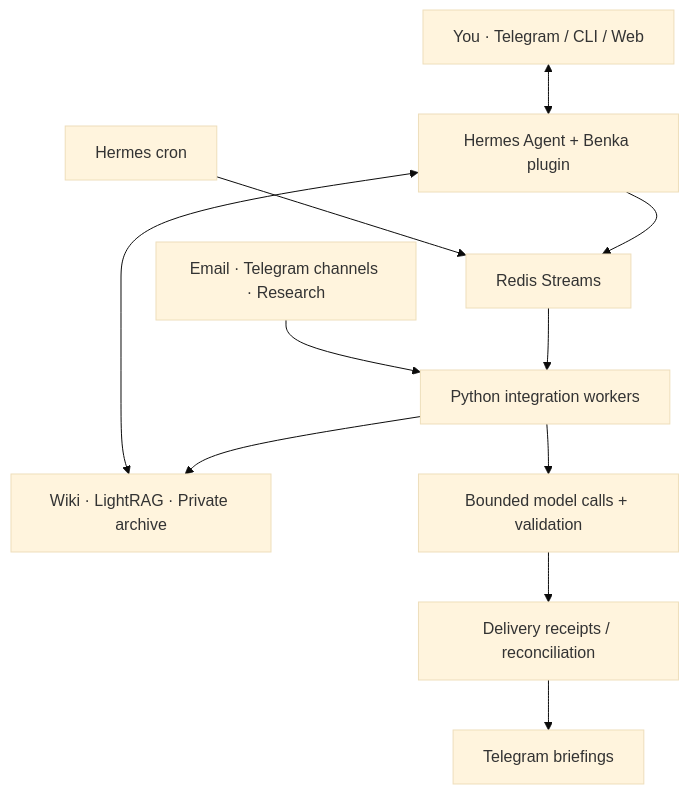
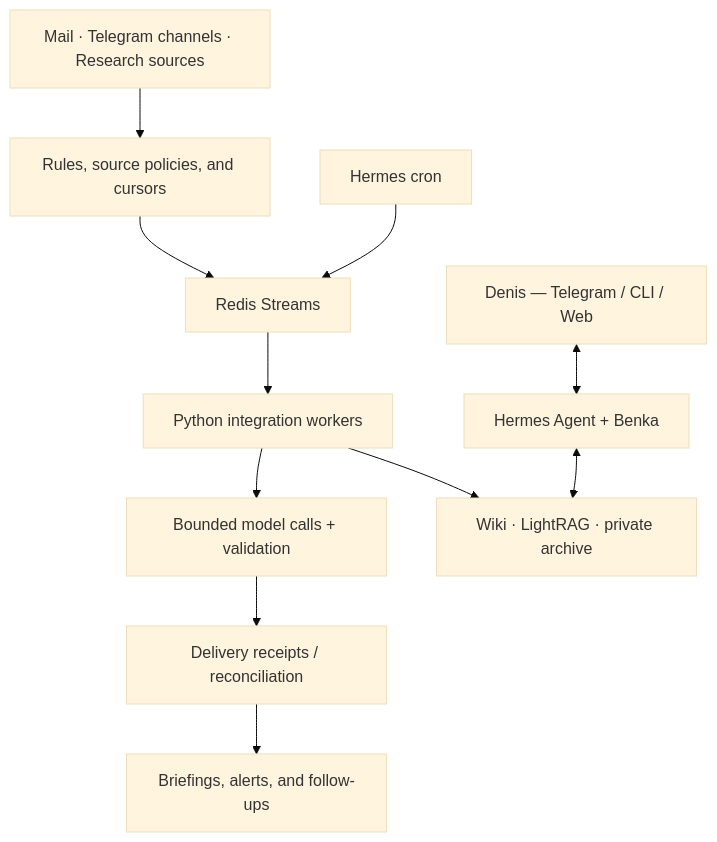
Before and after one commit to eiler2005/my-ai-office: the diagram in README.md, drawn with Mermaid (base theme). The commit also changed other lines of this file and 10 other files, not shown here.

Commit message:
fix: complete Benka Telegram startup configuration

````diff
--- a/README.md
+++ b/README.md
@@ -49,13 +70,13 @@
 ```mermaid
 flowchart TB
-    Sources["Email · Telegram channels · Research"] --> Workers["Python integration workers"]
-    Cron["Hermes cron"] --> Queue["Redis Streams"]
-    Queue --> Workers
-    Person["You · Telegram / CLI / Web"] <--> Hermes["Hermes Agent + Benka plugin"]
-    Hermes --> Queue
-    Hermes <--> Knowledge["Wiki · LightRAG · Private archive"]
-    Workers --> Knowledge
+    Sources["Mail · Telegram channels · Research sources"] --> Filter["Rules, source policies, and cursors"]
+    Filter --> Queue["Redis Streams"]
+    Cron["Hermes cron"] --> Queue
+    Queue --> Workers["Python integration workers"]
     Workers --> Models["Bounded model calls + validation"]
     Models --> Delivery["Delivery receipts / reconciliation"]
-    Delivery --> Telegram["Telegram briefings"]
+    Delivery --> Telegram["Briefings, alerts, and follow-ups"]
+    Person["Denis — Telegram / CLI / Web"] <--> Hermes["Hermes Agent + Benka"]
+    Hermes <--> Knowledge["Wiki · LightRAG · private archive"]
+    Workers --> Knowledge
 ```
````
